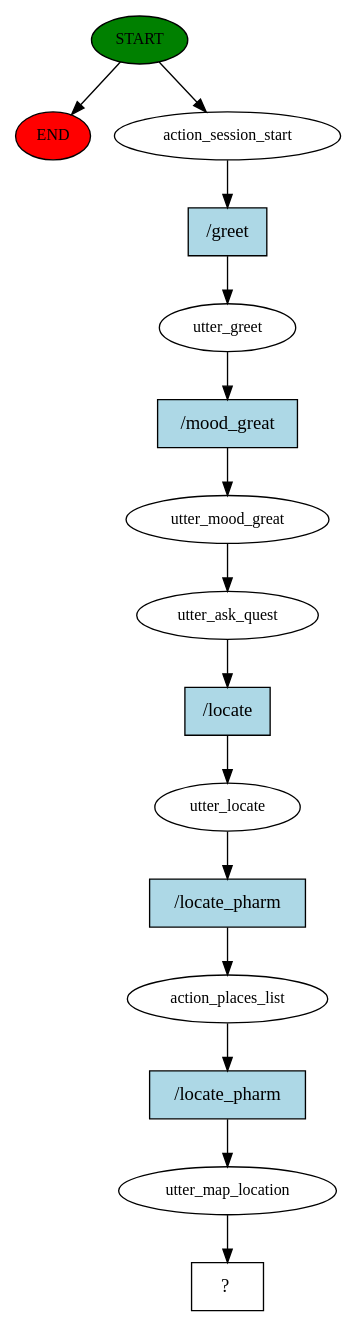
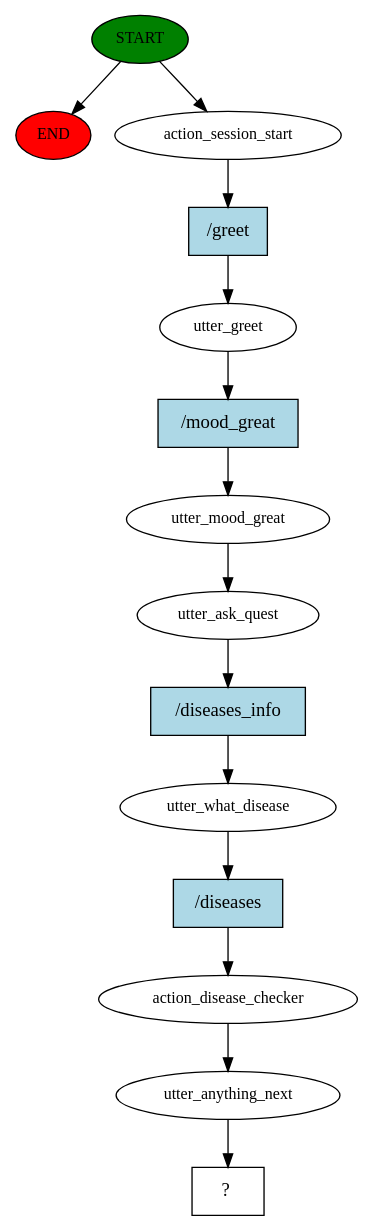
The diagram in story_graph.dot (mebaidoo/Medical-Chatbot-Capstone), drawn with Graphviz before and after one commit. The commit also changed 696 other files, not shown here.

```diff
--- a/story_graph.dot
+++ b/story_graph.dot
@@ -1,31 +1,29 @@
 digraph  {
 0 [class="start active", fillcolor=green, fontsize=12, label=START, style=filled];
 "-1" [class=end, fillcolor=red, fontsize=12, label=END, style=filled];
 1 [class=active, fontsize=12, label=action_session_start];
 2 [class=active, fontsize=12, label=utter_greet];
 3 [class=active, fontsize=12, label=utter_mood_great];
 4 [class=active, fontsize=12, label=utter_ask_quest];
-5 [class=active, fontsize=12, label=utter_locate];
-6 [class=active, fontsize=12, label=action_places_list];
-7 [class=active, fontsize=12, label=utter_map_location];
+5 [class=active, fontsize=12, label=utter_what_disease];
+6 [class=active, fontsize=12, label=action_disease_checker];
+7 [class=active, fontsize=12, label=utter_anything_next];
 8 [class="intent dashed active", label="  ?  ", shape=rect];
 9 [class="intent active", fillcolor=lightblue, label="/greet", shape=rect, style=filled];
 10 [class="intent active", fillcolor=lightblue, label="/mood_great", shape=rect, style=filled];
-11 [class="intent active", fillcolor=lightblue, label="/locate", shape=rect, style=filled];
-12 [class="intent active", fillcolor=lightblue, label="/locate_pharm", shape=rect, style=filled];
-13 [class="intent active", fillcolor=lightblue, label="/locate_pharm", shape=rect, style=filled];
+11 [class="intent active", fillcolor=lightblue, label="/diseases_info", shape=rect, style=filled];
+12 [class="intent active", fillcolor=lightblue, label="/diseases", shape=rect, style=filled];
 0 -> "-1"  [class="", key=NONE, label=""];
 0 -> 1  [class=active, key=NONE, label=""];
 1 -> 9  [class=active, key=0];
 2 -> 10  [class=active, key=0];
 3 -> 4  [class=active, key=NONE, label=""];
 4 -> 11  [class=active, key=0];
 5 -> 12  [class=active, key=0];
-6 -> 13  [class=active, key=0];
+6 -> 7  [class=active, key=NONE, label=""];
 7 -> 8  [class=active, key=NONE, label=""];
 9 -> 2  [class=active, key=0];
 10 -> 3  [class=active, key=0];
 11 -> 5  [class=active, key=0];
 12 -> 6  [class=active, key=0];
-13 -> 7  [class=active, key=0];
 }
```
